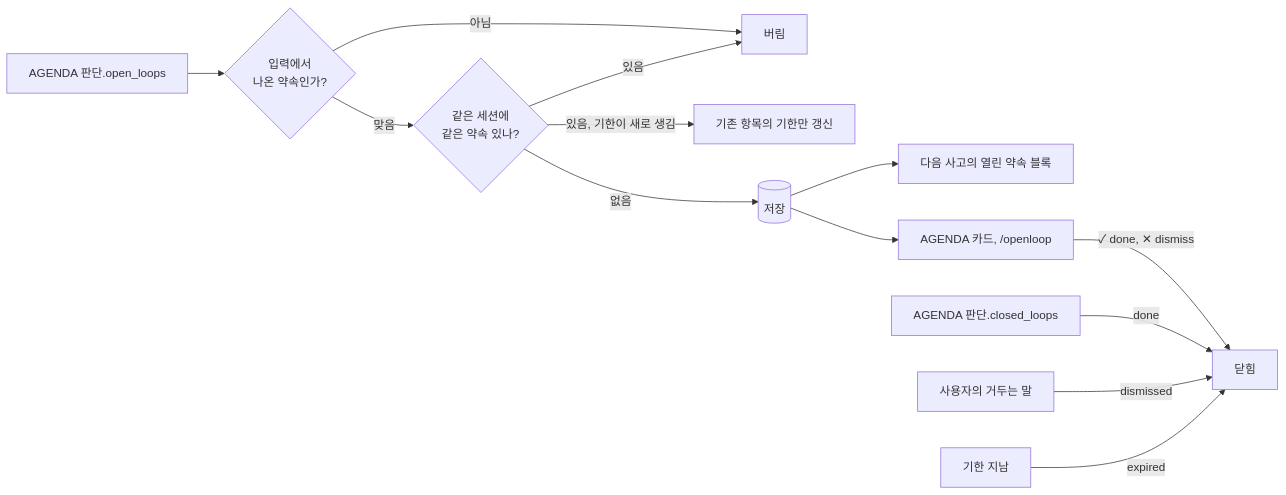
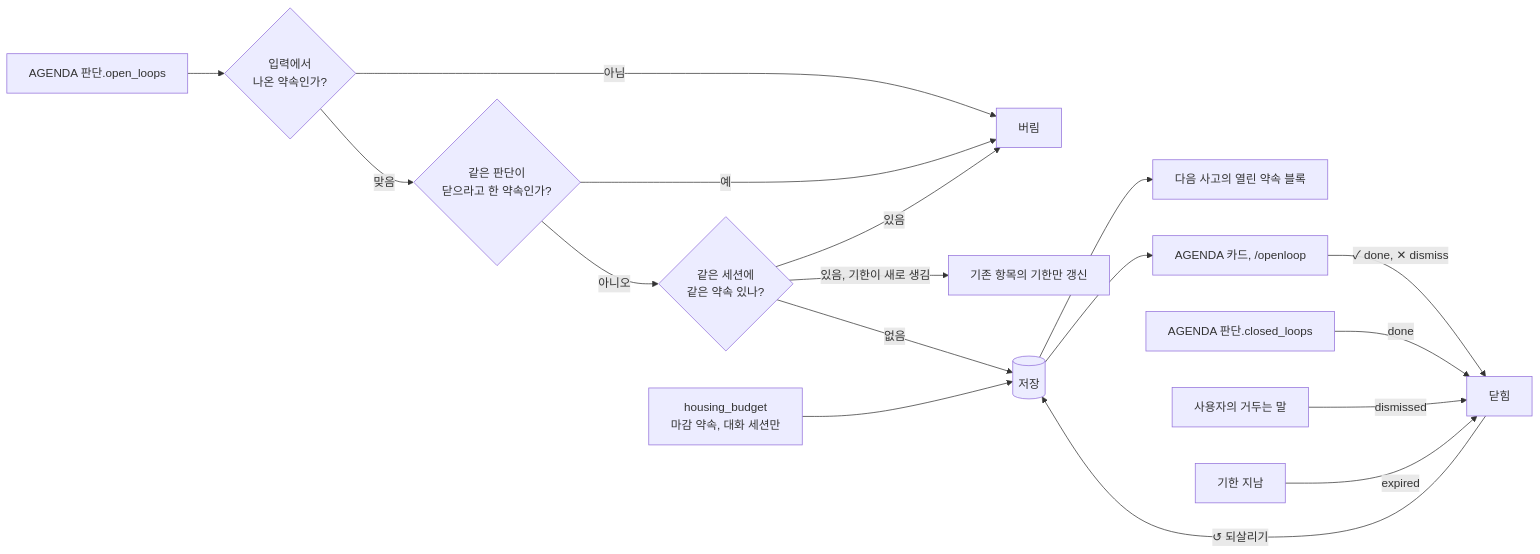
Before and after one commit to ash-hun/jarvis-agent: the first of 2 diagrams in website/docs/concepts/conversation/open-loop.md, drawn with Mermaid. The commit also changed other lines of this file and 30 other files, not shown here.

First line of the commit message:
Docs: 기능별 그림 13장과 캡션, mermaid 를 지금 코드에 맞춰, 사라진 메모리 미들웨어와 ThoughtFrame 약속 필드를 지우고 이후 추가된 경로를 그린다 (#179)

````diff
--- a/website/docs/concepts/conversation/open-loop.md
+++ b/website/docs/concepts/conversation/open-loop.md
@@ -18,15 +18,19 @@
 ```mermaid
 flowchart LR
   T[AGENDA 판단.open_loops] --> GR{입력에서<br/>나온 약속인가?}
   GR -- 아님 --> X
-  GR -- 맞음 --> U{같은 세션에<br/>같은 약속 있나?}
+  GR -- 맞음 --> CL{같은 판단이<br/>닫으라고 한 약속인가?}
+  CL -- 예 --> X
+  CL -- 아니오 --> U{같은 세션에<br/>같은 약속 있나?}
   U -- 있음, 기한이 새로 생김 --> G[기존 항목의 기한만 갱신]
   U -- 있음 --> X[버림]
   U -- 없음 --> S[(저장)]
+  HB[housing_budget<br/>마감 약속, 대화 세션만] --> S
   S --> R[다음 사고의 열린 약속 블록]
   S --> A[AGENDA 카드, /openloop]
   A -->|✓ done, ✕ dismiss| C[닫힘]
   K[AGENDA 판단.closed_loops] -->|done| C
   Q[사용자의 거두는 말] -->|dismissed| C
   E[기한 지남] -->|expired| C
+  C -->|↺ 되살리기| S
 ```
````
